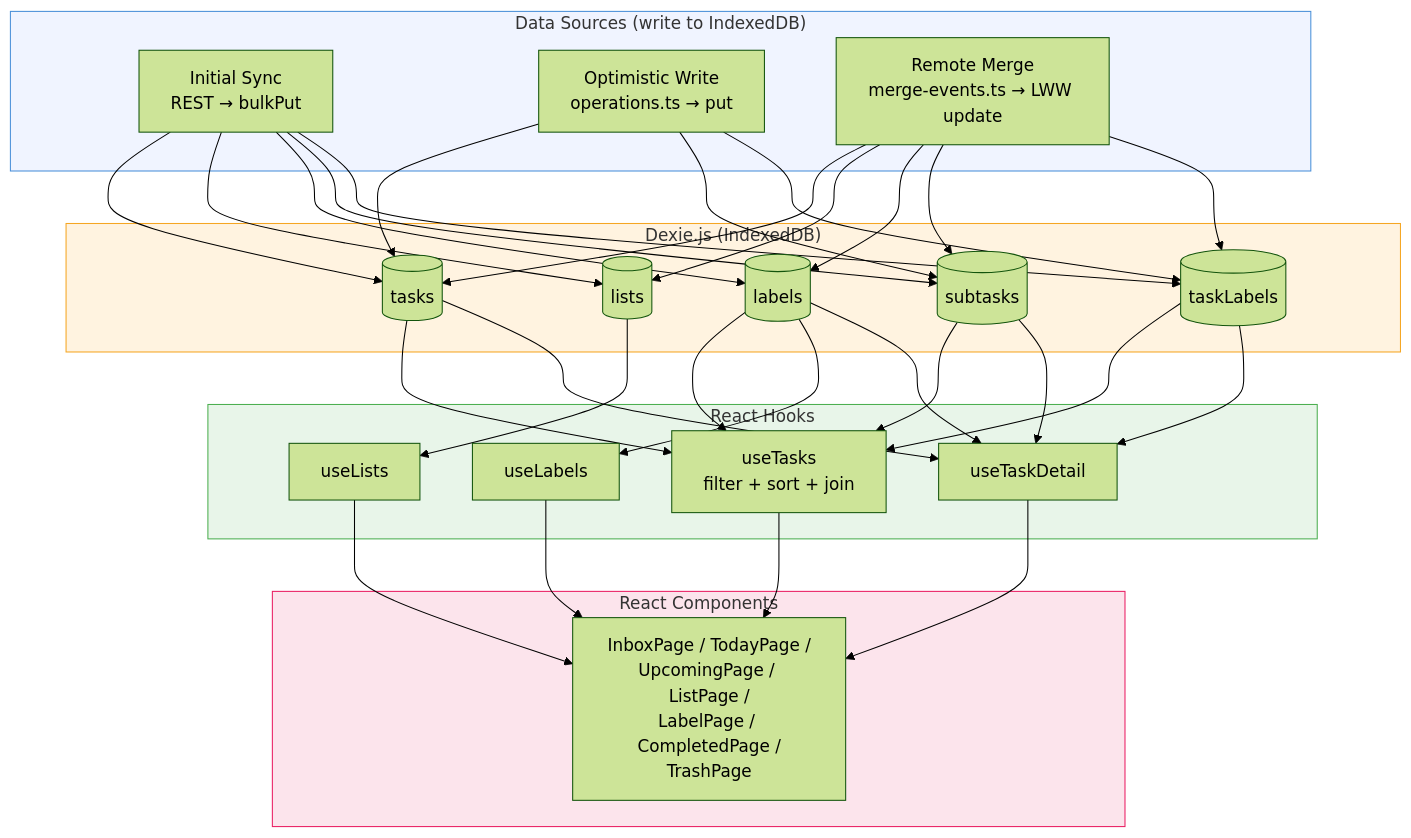
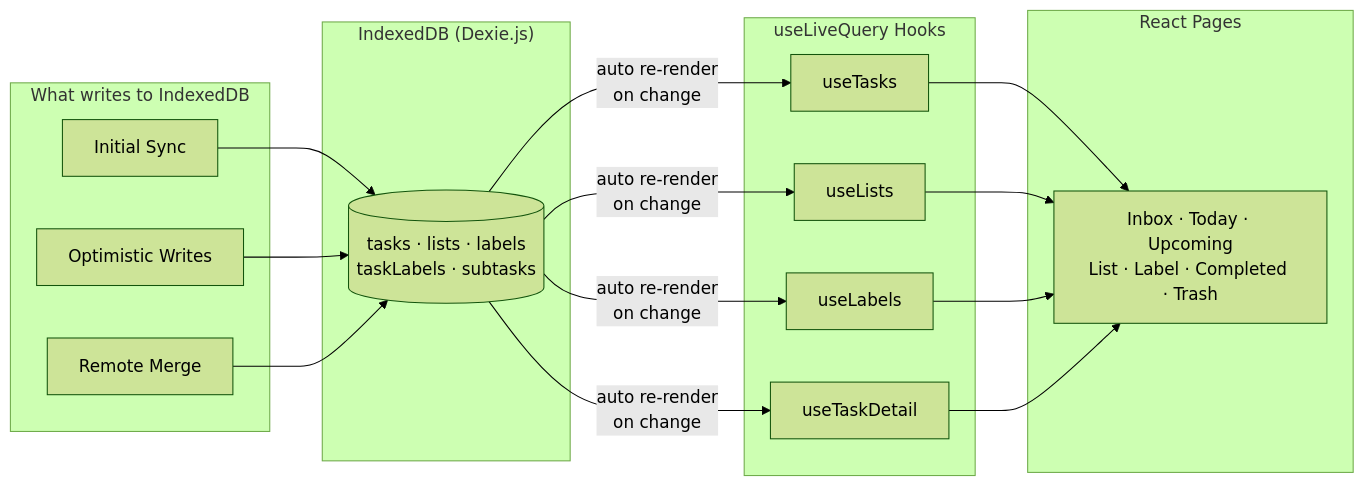
The diagram in docs/diagrams/004-read-path.md (vasi1796/doit), drawn with Mermaid (forest theme) before and after one commit. The commit also changed other lines of this file, not shown here.

Commit message:
docs: simplify read path diagram to reduce arrow clutter

````diff
--- a/docs/diagrams/004-read-path.md
+++ b/docs/diagrams/004-read-path.md
@@ -5,49 +5,34 @@
 ```mermaid
-flowchart TB
-    subgraph Sources["Data Sources (write to IndexedDB)"]
-        IS[Initial Sync<br/>REST → bulkPut]
-        OW[Optimistic Write<br/>operations.ts → put]
-        ME[Remote Merge<br/>merge-events.ts → LWW update]
+flowchart LR
+    subgraph Write["What writes to IndexedDB"]
+        IS[Initial Sync]
+        OW[Optimistic Writes]
+        ME[Remote Merge]
     end
 
-    subgraph Dexie["Dexie.js (IndexedDB)"]
-        T[(tasks)]
-        L[(lists)]
-        LB[(labels)]
-        TL[(taskLabels)]
-        ST[(subtasks)]
+    subgraph IDB["IndexedDB (Dexie.js)"]
+        DB[(tasks · lists · labels<br/>taskLabels · subtasks)]
     end
 
-    subgraph Hooks["React Hooks"]
-        UT[useTasks<br/>filter + sort + join]
+    subgraph Hooks["useLiveQuery Hooks"]
+        UT[useTasks]
         UL[useLists]
         ULB[useLabels]
         UTD[useTaskDetail]
     end
 
-    subgraph UI["React Components"]
-        Pages[InboxPage / TodayPage /<br/>UpcomingPage / ListPage /<br/>LabelPage / CompletedPage /<br/>TrashPage]
+    subgraph Pages["React Pages"]
+        P[Inbox · Today · Upcoming<br/>List · Label · Completed · Trash]
     end
 
-    IS --> T & L & LB & ST & TL
-    OW --> T & ST & TL
-    ME --> T & L & LB & ST & TL
+    IS --> DB
+    OW --> DB
+    ME --> DB
 
-    T --> UT
-    TL --> UT
-    ST --> UT
-    LB --> UT
-    L --> UL
-    LB --> ULB
-    T & ST & TL & LB --> UTD
+    DB -->|auto re-render<br/>on change| UT & UL & ULB & UTD
 
-    UT --> Pages
-    UL --> Pages
-    ULB --> Pages
-    UTD --> Pages
-
-    style Sources fill:#f0f4ff,stroke:#4a90d9
-    style Dexie fill:#fff3e0,stroke:#f5a623
-    style Hooks fill:#e8f5e9,stroke:#4caf50
-    style UI fill:#fce4ec,stroke:#e91e63
+    UT --> P
+    UL --> P
+    ULB --> P
+    UTD --> P
 ```
````
